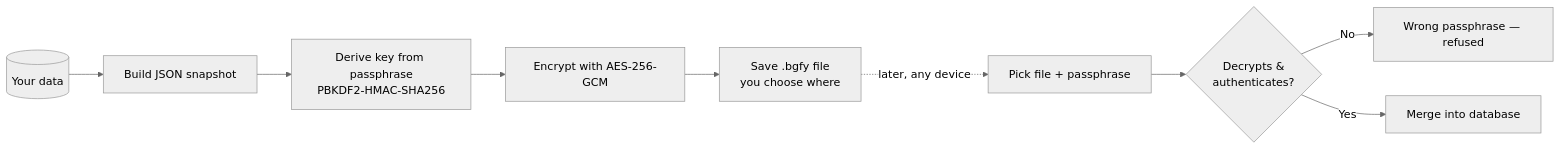
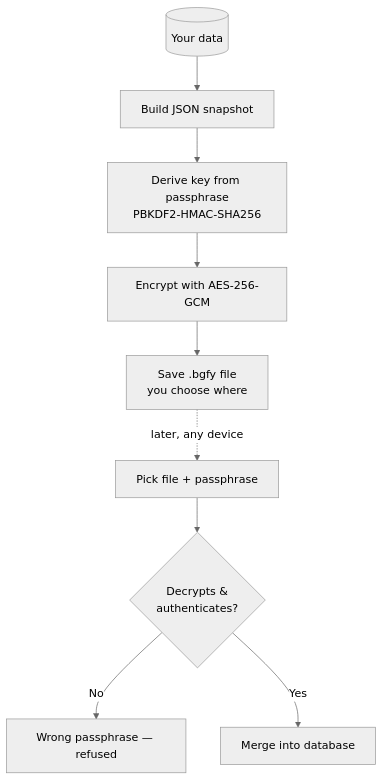
One commit to Yolo-cell-hash/budgetify changed the eighth of 9 diagrams in README.md. Above: the diagram before and after it, drawn with Mermaid (neutral theme). The commit also changed other lines of this file, not shown here.

Commit message:
Lay the SMS and backup pipelines out vertically so they stay readable
Both were `flowchart LR`. GitHub renders mermaid into a fixed-width frame
and scales the diagram down to fit, so a long left-to-right chain becomes
an unreadable ~180px sliver of microscopic text. The SMS pipeline got
notably wider when the template-pack and review-queue branches were added,
which pushed it over that line; the backup flow was already there. Both
read fine top-down.

````diff
--- a/README.md
+++ b/README.md
@@ -347,11 +347,11 @@
 ```mermaid
-flowchart LR
+flowchart TD
   D[(Your data)] --> J[Build JSON snapshot]
   J --> K[Derive key from passphrase<br/>PBKDF2-HMAC-SHA256]
   K --> E[Encrypt with AES-256-GCM]
   E --> F[Save .bgfy file<br/>you choose where]
   F -. "later, any device" .-> R[Pick file + passphrase]
   R --> V{Decrypts &<br/>authenticates?}
   V -- No --> Err[Wrong passphrase — refused]
   V -- Yes --> Merge[Merge into database]
 ```
````
